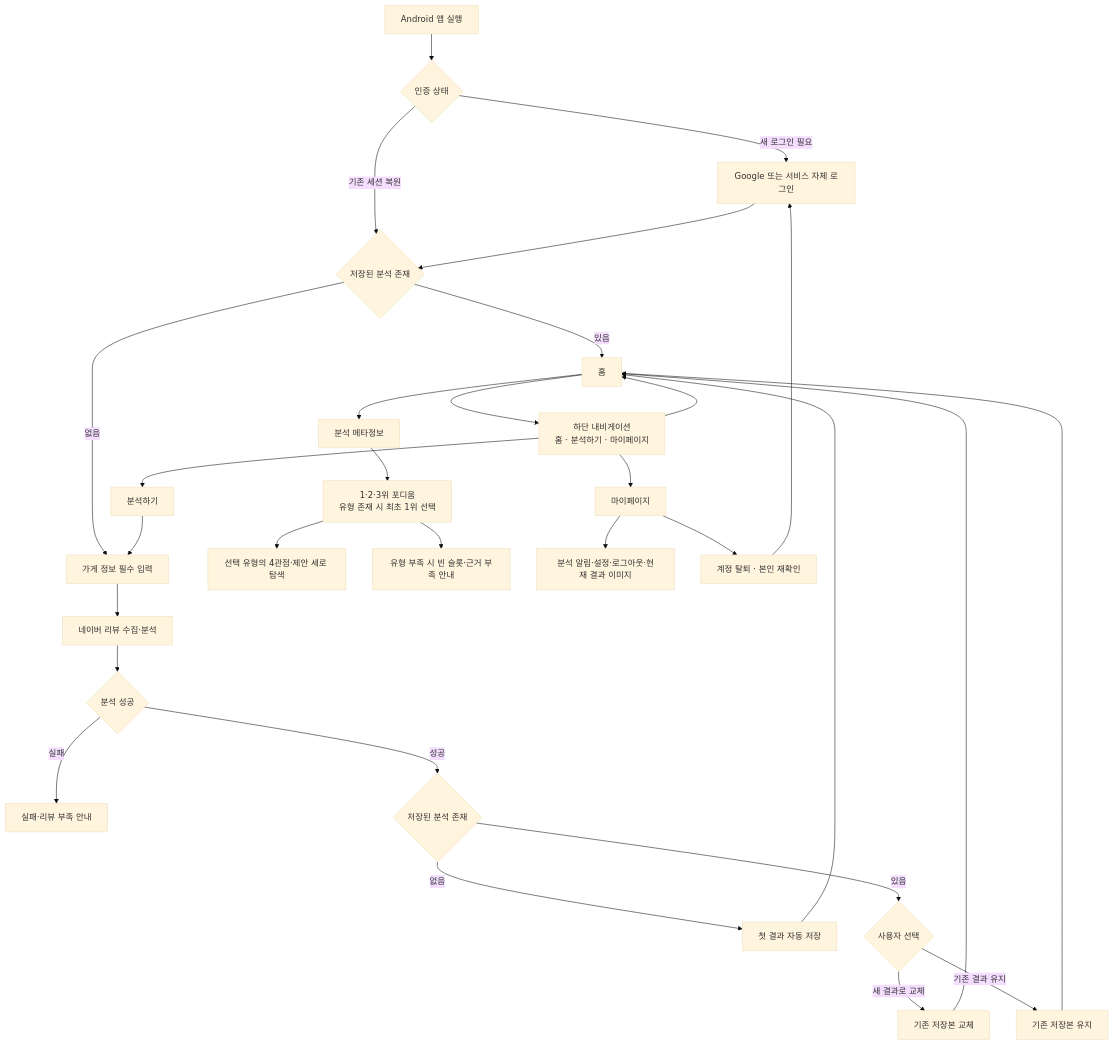
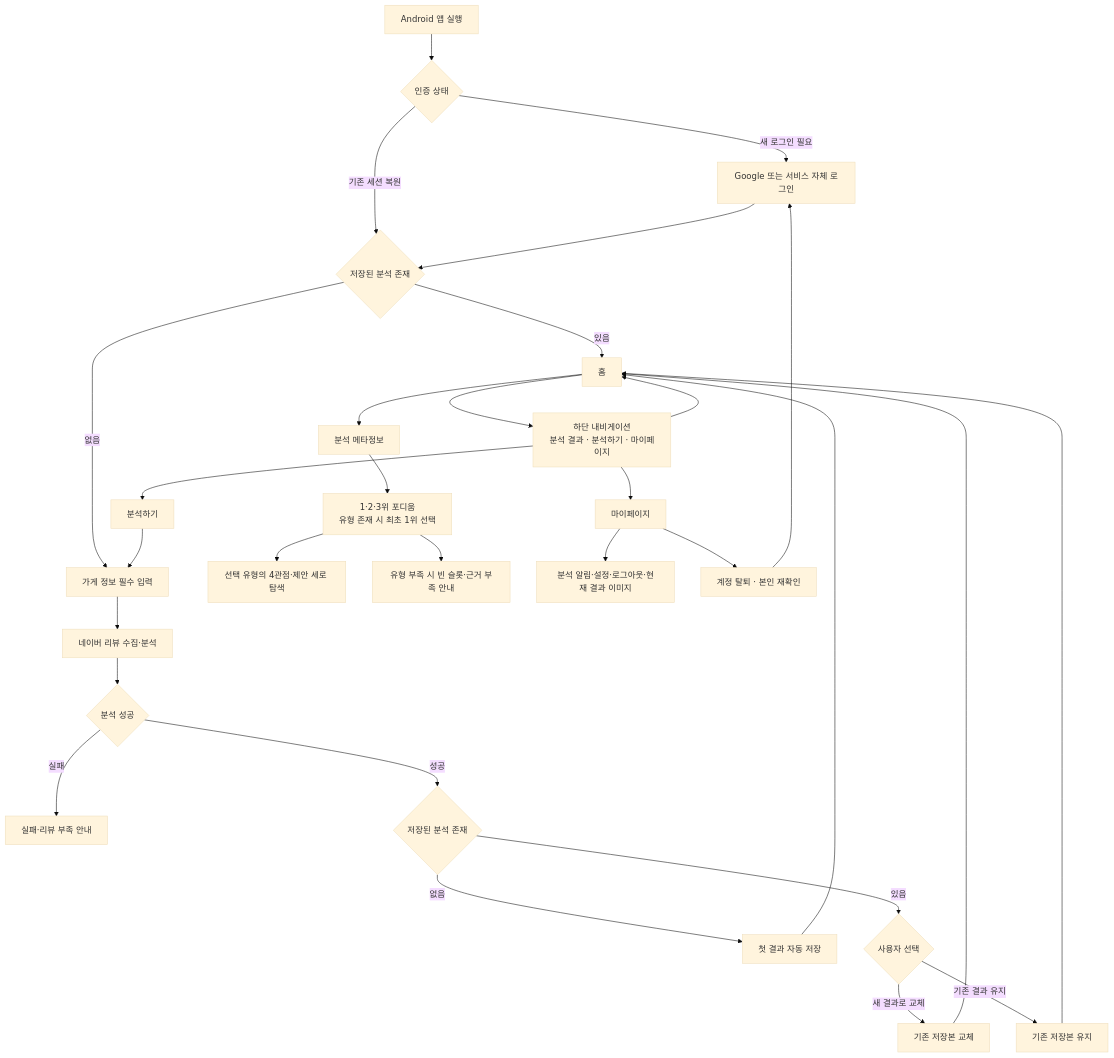
The diagram in docs/product/requirements/USER_FLOW.md (SKUnohtaekyung/PULSE_SCC), drawn with Mermaid (base theme) before and after one commit. The commit also changed other lines of this file and 7 other files, not shown here.

````diff
--- a/docs/product/requirements/USER_FLOW.md
+++ b/docs/product/requirements/USER_FLOW.md
@@ -35,32 +35,32 @@
 ```mermaid
 flowchart TD
     A[Android 앱 실행] --> B{인증 상태}
     B -- 새 로그인 필요 --> C[Google 또는 서비스 자체 로그인]
     B -- 기존 세션 복원 --> Z{저장된 분석 존재}
     Z -- 있음 --> H[홈]
     Z -- 없음 --> D[가게 정보 필수 입력]
     C --> Z
     D --> E[네이버 리뷰 수집·분석]
     E --> F{분석 성공}
     F -- 실패 --> G[실패·리뷰 부족 안내]
     F -- 성공 --> S{저장된 분석 존재}
     S -- 없음 --> T[첫 결과 자동 저장]
     T --> H
     S -- 있음 --> U{사용자 선택}
     U -- 새 결과로 교체 --> V[기존 저장본 교체]
     U -- 기존 결과 유지 --> W[기존 저장본 유지]
     V --> H
     W --> H
     H --> M[분석 메타정보]
     M --> P[1·2·3위 포디움<br/>유형 존재 시 최초 1위 선택]
     P --> Q[선택 유형의 4관점·제안 세로 탐색]
     P --> P1[유형 부족 시 빈 슬롯·근거 부족 안내]
-    H --> N[하단 내비게이션<br/>홈 · 분석하기 · 마이페이지]
+    H --> N[하단 내비게이션<br/>분석 결과 · 분석하기 · 마이페이지]
     N --> H
     N --> X[분석하기]
     X --> D
     N --> Y[마이페이지]
     Y --> Y1[분석 알림·설정·로그아웃·현재 결과 이미지]
     Y --> Y2[계정 탈퇴 · 본인 재확인]
     Y2 --> C
 ```
````
